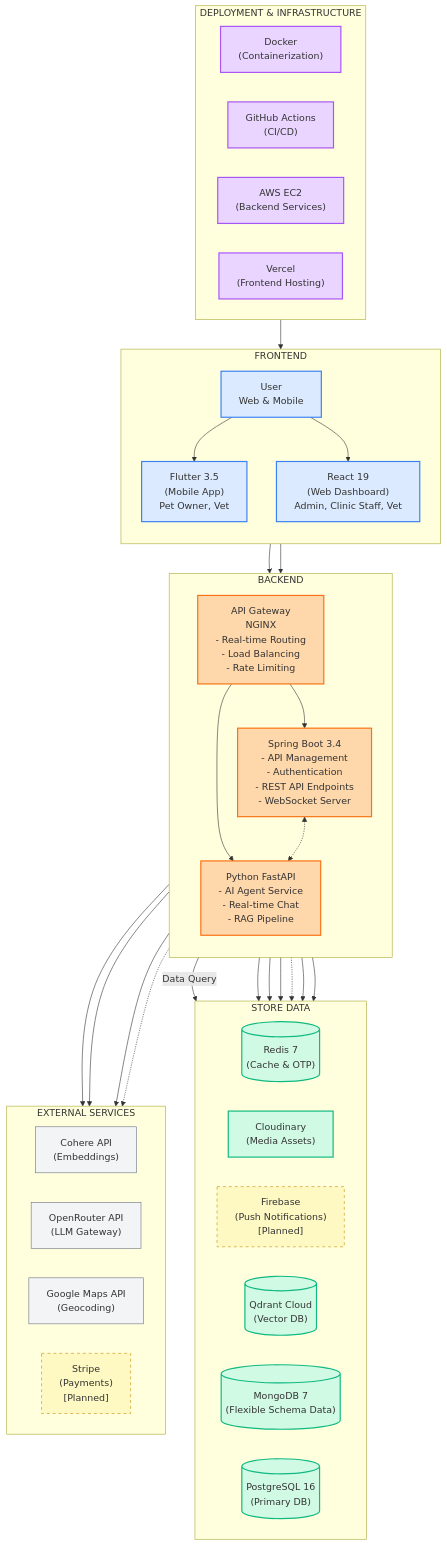
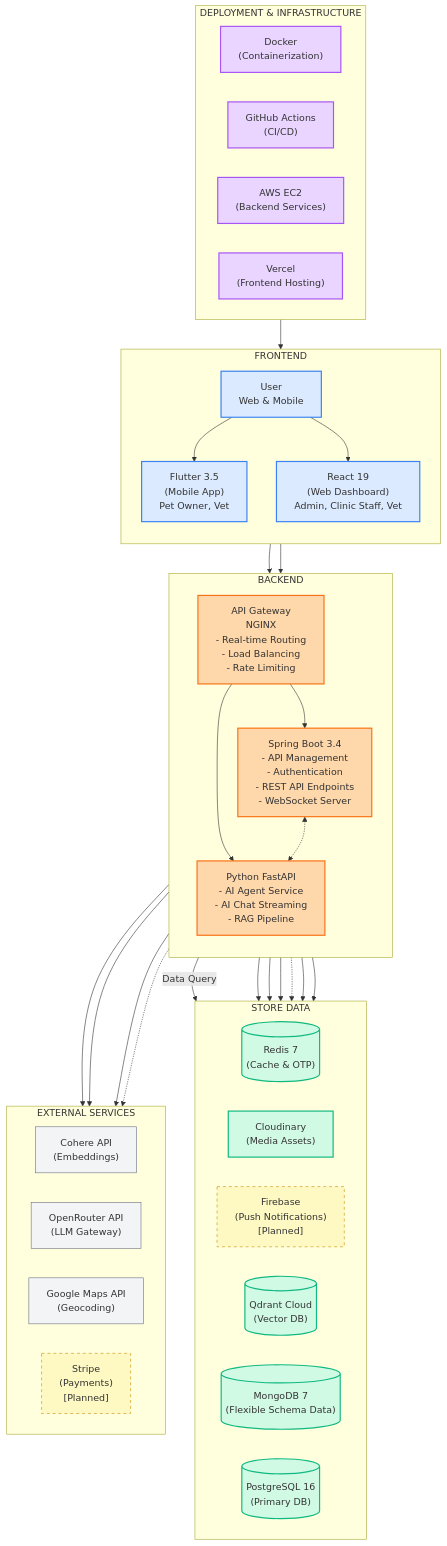
The first of 40 diagrams in docs-references/documentation/SDD/REPORT_4_SDD_SYSTEM_DESIGN.md (espresso23/Petties-Veterinary-Appointment-Booking-Platform), drawn with Mermaid before and after one commit. The commit also changed other lines of this file and 132 other files, not shown here.

Commit message:
feat: implement VetShift scheduling, real-time notifications (SSE/FCM), and UI improvements

````diff
--- a/docs-references/documentation/SDD/REPORT_4_SDD_SYSTEM_DESIGN.md
+++ b/docs-references/documentation/SDD/REPORT_4_SDD_SYSTEM_DESIGN.md
@@ -7,82 +22,82 @@
 ```mermaid
 flowchart TD
     subgraph INFRA["DEPLOYMENT & INFRASTRUCTURE"]
         direction LR
         Docker["Docker<br/>(Containerization)"]
         GitHub["GitHub Actions<br/>(CI/CD)"]
         AWS["AWS EC2<br/>(Backend Services)"]
         Vercel["Vercel<br/>(Frontend Hosting)"]
     end
 
     subgraph FRONTEND["FRONTEND"]
         direction TB
         User["User<br/>Web & Mobile"]
         User --> Flutter
         User --> React
         Flutter["Flutter 3.5<br/>(Mobile App)<br/>Pet Owner, Vet"]
         React["React 19<br/>(Web Dashboard)<br/>Admin, Clinic Staff, Vet"]
     end
 
     subgraph BACKEND["BACKEND"]
         direction TB
         APIGateway["API Gateway<br/>NGINX<br/>- Real-time Routing<br/>- Load Balancing<br/>- Rate Limiting"]
         APIGateway --> SpringBoot
         APIGateway --> Python
         SpringBoot["Spring Boot 3.4<br/>- API Management<br/>- Authentication<br/>- REST API Endpoints<br/>- WebSocket Server"]
-        Python["Python FastAPI<br/>- AI Agent Service<br/>- Real-time Chat<br/>- RAG Pipeline"]
+        Python["Python FastAPI<br/>- AI Agent Service<br/>- AI Chat Streaming<br/>- RAG Pipeline"]
         SpringBoot <-.-> Python
     end
 
     subgraph STORAGE["STORE DATA"]
         direction LR
         Redis[("Redis 7<br/>(Cache & OTP)")]
         Cloudinary["Cloudinary<br/>(Media Assets)"]
         Firebase["Firebase<br/>(Push Notifications)<br/>[Planned]"]
         QdrantCloud[("Qdrant Cloud<br/>(Vector DB)")]
         MongoDB[("MongoDB 7<br/>(Flexible Schema Data)")]
         PostgreSQL[("PostgreSQL 16<br/>(Primary DB)")]
     end
 
     subgraph EXTERNAL["EXTERNAL SERVICES"]
         direction LR
         Cohere["Cohere API<br/>(Embeddings)"]
         OpenRouter["OpenRouter API<br/>(LLM Gateway)"]
         GoogleMaps["Google Maps API<br/>(Geocoding)"]
         Stripe["Stripe<br/>(Payments)<br/>[Planned]"]
     end
 
     %% Main Flow Connections
     INFRA --> FRONTEND
     Flutter --> APIGateway
     React --> APIGateway
 
     %% Backend to Storage - Data Query
     SpringBoot -->|"Data Query"| PostgreSQL
     SpringBoot --> Redis
     SpringBoot --> MongoDB
     SpringBoot --> Cloudinary
     SpringBoot -.-> Firebase
     Python --> PostgreSQL
     Python --> QdrantCloud
 
     %% Backend to External Services
     Python --> Cohere
     Python --> OpenRouter
     SpringBoot --> GoogleMaps
     SpringBoot -.-> Stripe
 
     %% Styling
     classDef frontend fill:#dbeafe,stroke:#3b82f6,stroke-width:2px
     classDef backend fill:#fed7aa,stroke:#f97316,stroke-width:2px
     classDef storage fill:#d1fae5,stroke:#10b981,stroke-width:2px
     classDef infra fill:#e9d5ff,stroke:#a855f7,stroke-width:2px
     classDef external fill:#f3f4f6,stroke:#6b7280,stroke-width:1px
     classDef planned fill:#fef9c3,stroke:#ca8a04,stroke-width:1px,stroke-dasharray:5,5
 
     class User,Flutter,React frontend
     class APIGateway,SpringBoot,Python backend
     class Redis,Cloudinary,QdrantCloud,PostgreSQL,MongoDB storage
     class Docker,GitHub,AWS,Vercel infra
     class Cohere,OpenRouter,GoogleMaps external
     class Firebase,Stripe planned
 ```
````
